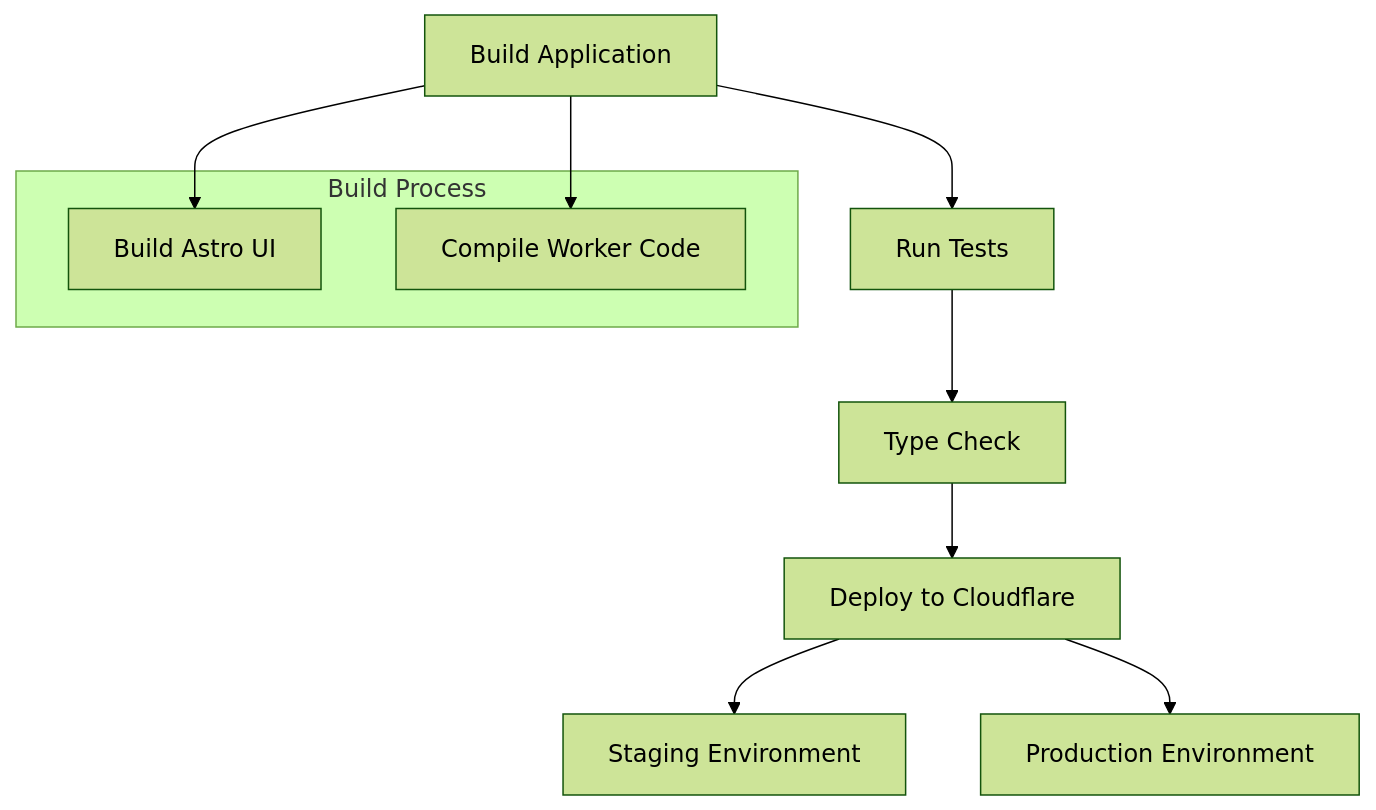
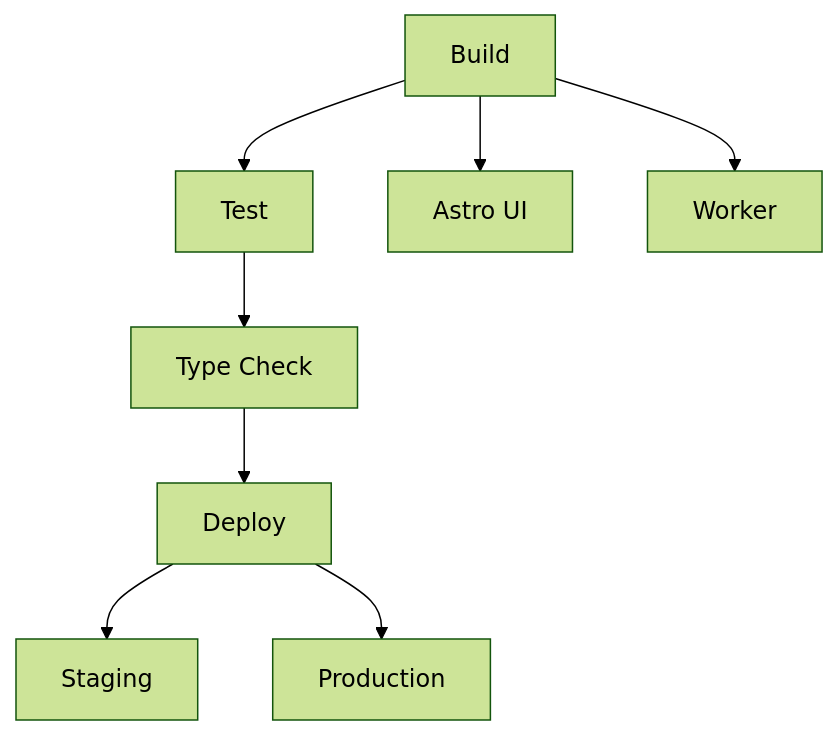
One commit to erfianugrah/pastebin changed the seventh of 7 diagrams in docs/DOCUMENTATION.md. Above: the diagram before and after it, drawn with Mermaid (forest theme). The commit also changed other lines of this file and 4 other files, not shown here.

Commit message:
updated mermaid diagrams

````diff
--- a/docs/DOCUMENTATION.md
+++ b/docs/DOCUMENTATION.md
@@ -504,16 +499,11 @@
 ```mermaid
 graph TD
-    Build[Build Application] --> Test[Run Tests]
+    Build[Build] --> Test[Test]
     Test --> TypeCheck[Type Check]
-    TypeCheck --> Deploy[Deploy to Cloudflare]
-    Deploy --> Staging[Staging Environment]
-    Deploy --> Production[Production Environment]
+    TypeCheck --> Deploy[Deploy]
+    Deploy --> Staging[Staging]
+    Deploy --> Prod[Production]
     
-    subgraph "Build Process"
-        BuildUI[Build Astro UI]
-        BuildWorker[Compile Worker Code]
-    end
-    
-    Build --> BuildUI
-    Build --> BuildWorker
+    Build --> BuildUI[Astro UI]
+    Build --> BuildWorker[Worker]
 ```
````
